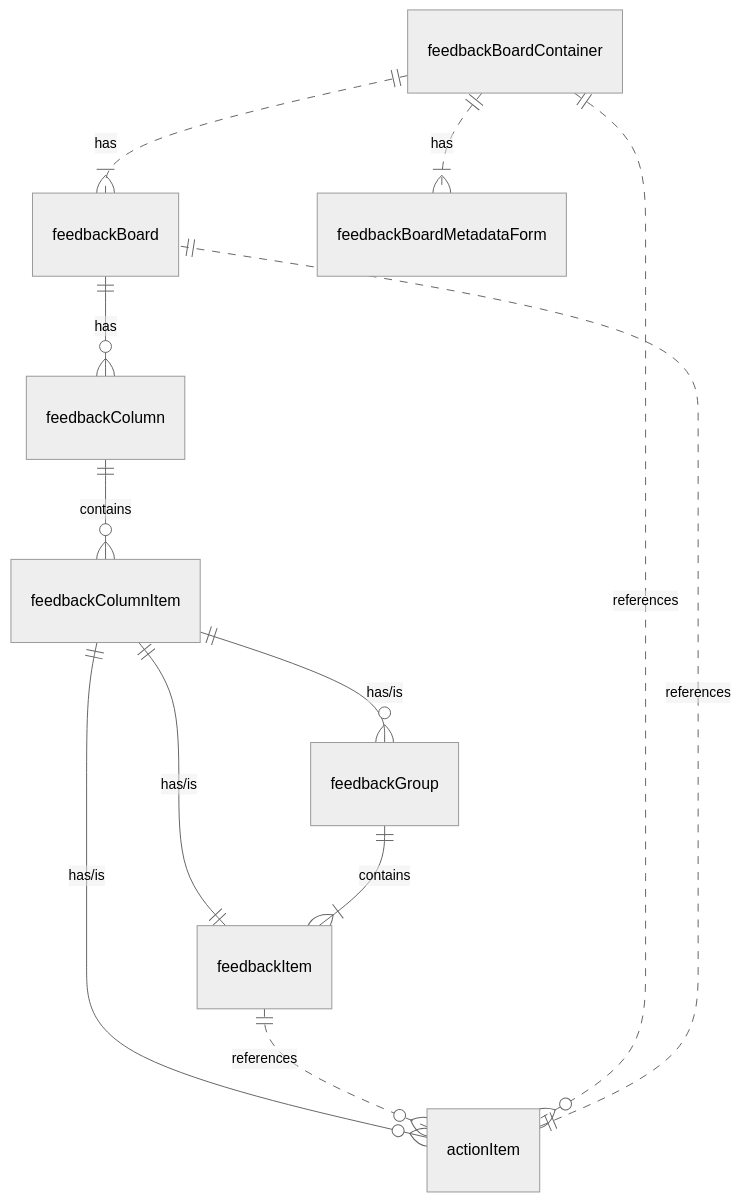
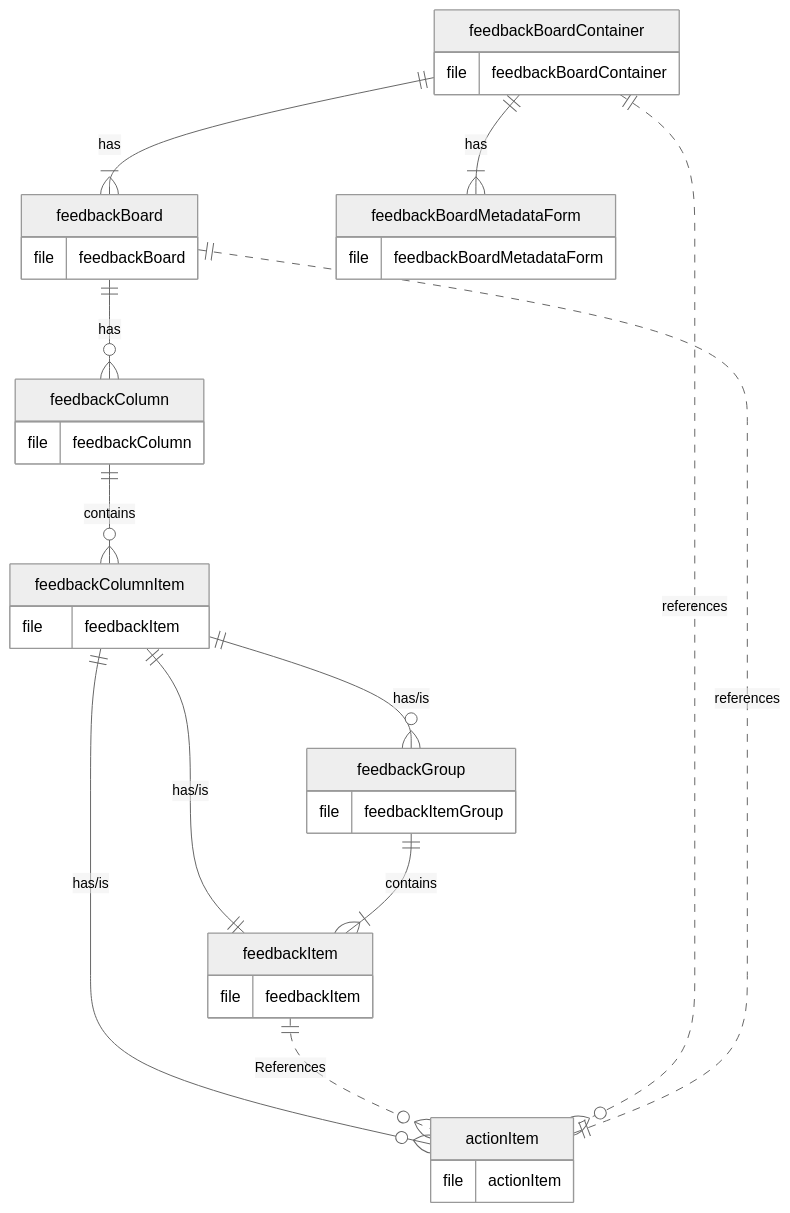
One commit to NarmathaBala/vsts-extension-retrospectives changed the diagram in documentation/frontend_ERD.md. Above: the diagram before and after it, drawn with Mermaid (neutral theme). The commit also changed other lines of this file, not shown here.

Commit message:
Updates to the ERD

````diff
--- a/documentation/frontend_ERD.md
+++ b/documentation/frontend_ERD.md
@@ -6,14 +10,38 @@
 ```mermaid
 erDiagram
-          feedbackBoardContainer ||..|{ feedbackBoard : has
-          feedbackBoardContainer ||..|{ feedbackBoardMetadataForm : has
+          feedbackBoardContainer ||--|{ feedbackBoard : has
+          feedbackBoardContainer ||--|{ feedbackBoardMetadataForm : has
           feedbackBoard ||--o{ feedbackColumn : has
           feedbackColumn ||--o{ feedbackColumnItem : contains
           feedbackColumnItem ||--|| feedbackItem : "has/is"
           feedbackColumnItem ||--o{ actionItem : "has/is"
           feedbackColumnItem ||--o{ feedbackGroup : "has/is"
           feedbackGroup ||--|{ feedbackItem : contains
-          feedbackItem ||..o{ actionItem : references
+          feedbackItem ||..o{ actionItem : References
           actionItem ||..|| feedbackBoard : references
           feedbackBoardContainer ||..o{ actionItem : references
+          feedbackBoardContainer {
+              file feedbackBoardContainer
+          }
+          feedbackBoard {
+              file feedbackBoard
+          }
+          feedbackBoardMetadataForm {
+              file feedbackBoardMetadataForm
+          }
+          feedbackColumn {
+              file feedbackColumn
+          }
+          feedbackColumnItem {
+              file feedbackItem
+          }
+          feedbackGroup {
+              file feedbackItemGroup
+          }
+          actionItem {
+              file actionItem
+          }
+          feedbackItem {
+              file feedbackItem
+          }
 ```
````
